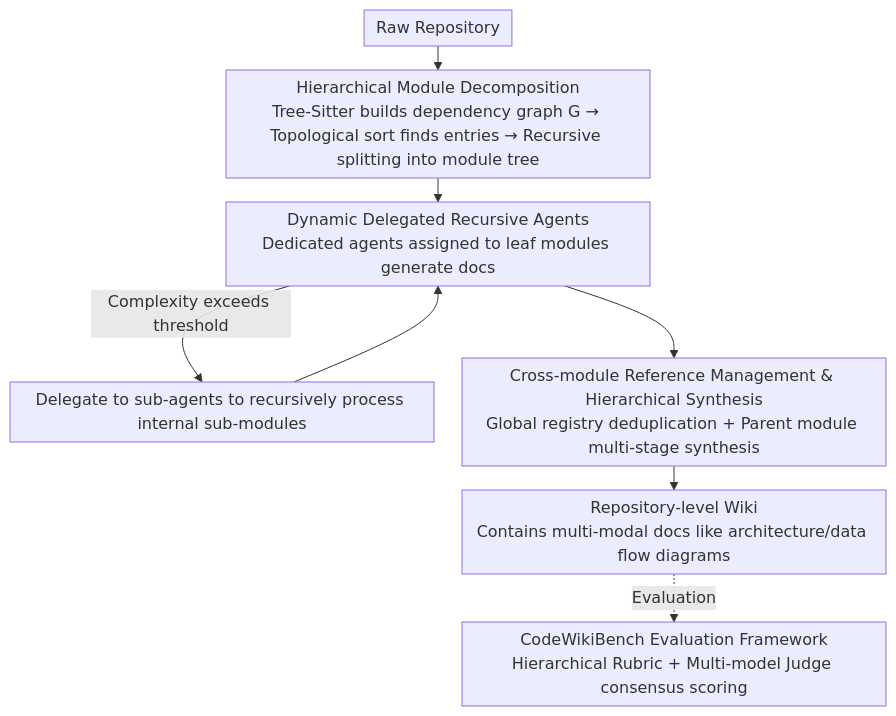
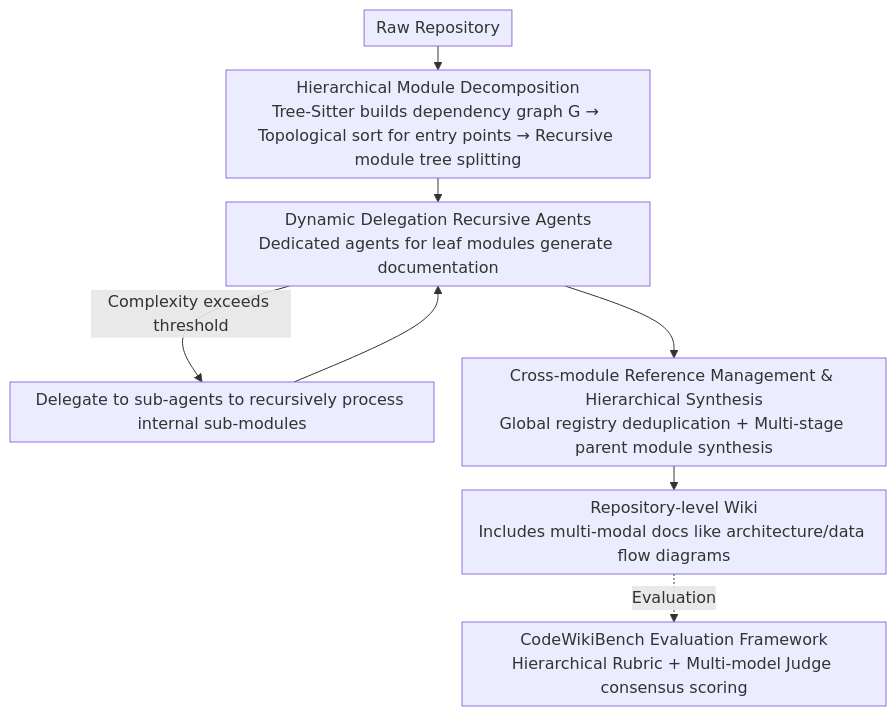
The diagram in docs/ACL2026/code_intelligence/codewiki_evaluating_ai39s_ability_to_generate_holistic_documentation_for_large-s.md (zhaoyang97/Paper-Notes-en), drawn with Mermaid before and after one commit. The commit also changed other lines of this file and 5084 other files, not shown here.

````diff
--- a/docs/ACL2026/code_intelligence/codewiki_evaluating_ai39s_ability_to_generate_holistic_documentation_for_large-s.md
+++ b/docs/ACL2026/code_intelligence/codewiki_evaluating_ai39s_ability_to_generate_holistic_documentation_for_large-s.md
@@ -44,11 +44,11 @@
 ```mermaid
 %%{init: {'flowchart': {'rankSpacing': 24, 'nodeSpacing': 28, 'padding': 6, 'wrappingWidth': 400}}}%%
 flowchart TD
-    A["Raw Repository"] --> B["Hierarchical Module Decomposition<br/>Tree-Sitter builds dependency graph G → Topological sort finds entries → Recursive splitting into module tree"]
-    B --> C["Dynamic Delegated Recursive Agents<br/>Dedicated agents assigned to leaf modules generate docs"]
+    A["Raw Repository"] --> B["Hierarchical Module Decomposition<br/>Tree-Sitter builds dependency graph G → Topological sort for entry points → Recursive module tree splitting"]
+    B --> C["Dynamic Delegation Recursive Agents<br/>Dedicated agents for leaf modules generate documentation"]
     C -->|Complexity exceeds threshold| C2["Delegate to sub-agents to recursively process internal sub-modules"]
     C2 --> C
-    C --> D["Cross-module Reference Management & Hierarchical Synthesis<br/>Global registry deduplication + Parent module multi-stage synthesis"]
-    D --> E["Repository-level Wiki<br/>Contains multi-modal docs like architecture/data flow diagrams"]
+    C --> D["Cross-module Reference Management & Hierarchical Synthesis<br/>Global registry deduplication + Multi-stage parent module synthesis"]
+    D --> E["Repository-level Wiki<br/>Includes multi-modal docs like architecture/data flow diagrams"]
     E -.Evaluation.-> F["CodeWikiBench Evaluation Framework<br/>Hierarchical Rubric + Multi-model Judge consensus scoring"]
 ```
````
